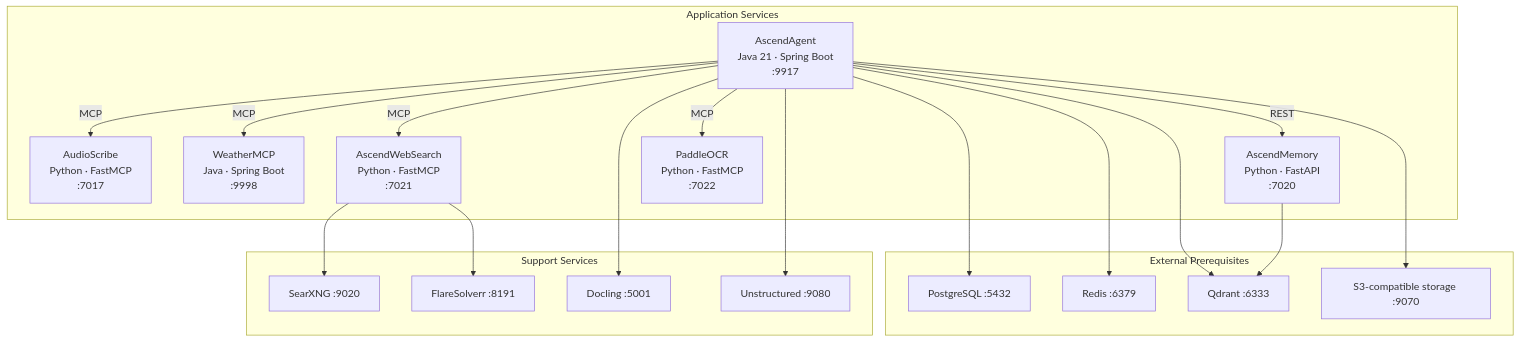
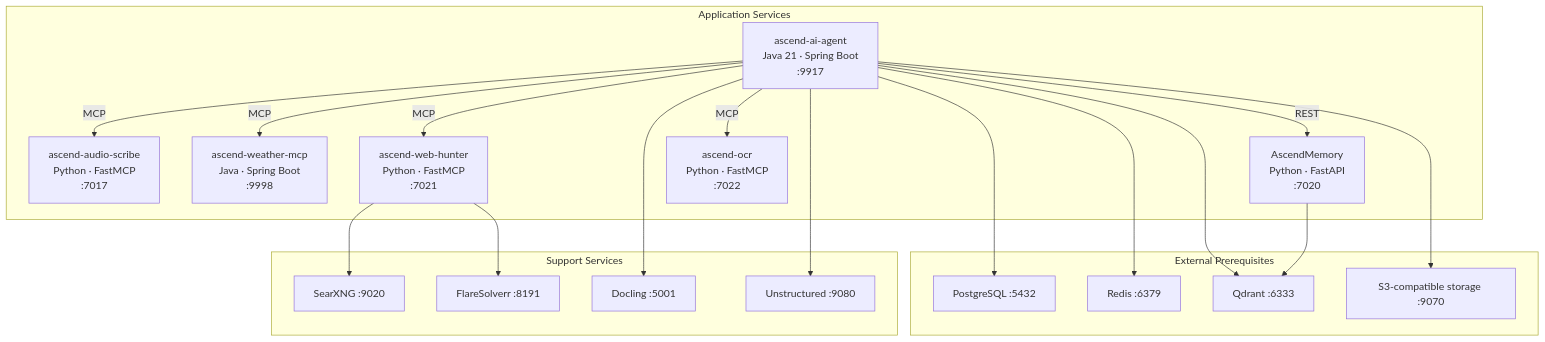
Before and after one commit to Lukk17/AscendAI: the first of 3 diagrams in docs/architecture/arc42/03-building-blocks.md, drawn with Mermaid. The commit also changed other lines of this file and 2152 other files, not shown here.

````diff
--- a/docs/architecture/arc42/03-building-blocks.md
+++ b/docs/architecture/arc42/03-building-blocks.md
@@ -7,40 +7,40 @@
 ```mermaid
 graph TB
     subgraph "Application Services"
-        Agent["AscendAgent<br/>Java 21 · Spring Boot<br/>:9917"]
-        AudioScribe["AudioScribe<br/>Python · FastMCP<br/>:7017"]
-        Weather["WeatherMCP<br/>Java · Spring Boot<br/>:9998"]
-        WebSearch["AscendWebSearch<br/>Python · FastMCP<br/>:7021"]
+        Agent["ascend-ai-agent<br/>Java 21 · Spring Boot<br/>:9917"]
+        AudioScribe["ascend-audio-scribe<br/>Python · FastMCP<br/>:7017"]
+        Weather["ascend-weather-mcp<br/>Java · Spring Boot<br/>:9998"]
+        WebHunter["ascend-web-hunter<br/>Python · FastMCP<br/>:7021"]
         Memory["AscendMemory<br/>Python · FastAPI<br/>:7020"]
-        PaddleOCR["PaddleOCR<br/>Python · FastMCP<br/>:7022"]
+        PaddleOCR["ascend-ocr<br/>Python · FastMCP<br/>:7022"]
     end
 
     subgraph "External Prerequisites"
         Postgres["PostgreSQL :5432"]
         Redis["Redis :6379"]
         Qdrant["Qdrant :6333"]
         S3["S3-compatible storage :9070"]
     end
 
     subgraph "Support Services"
         SearXNG["SearXNG :9020"]
         Flare["FlareSolverr :8191"]
         Docling["Docling :5001"]
         Unstructured["Unstructured :9080"]
     end
 
     Agent -->|"MCP"| AudioScribe
     Agent -->|"MCP"| Weather
-    Agent -->|"MCP"| WebSearch
+    Agent -->|"MCP"| WebHunter
     Agent -->|"MCP"| PaddleOCR
     Agent -->|"REST"| Memory
     Agent --> Postgres
     Agent --> Redis
     Agent --> Qdrant
     Agent --> S3
     Agent --> Docling
     Agent --> Unstructured
-    WebSearch --> SearXNG
-    WebSearch --> Flare
+    WebHunter --> SearXNG
+    WebHunter --> Flare
     Memory --> Qdrant
 ```
````
